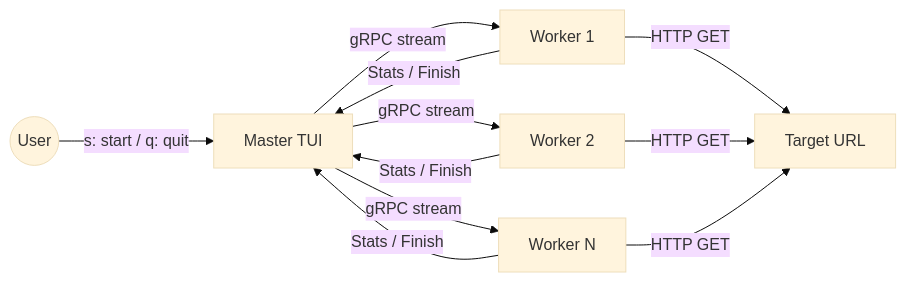
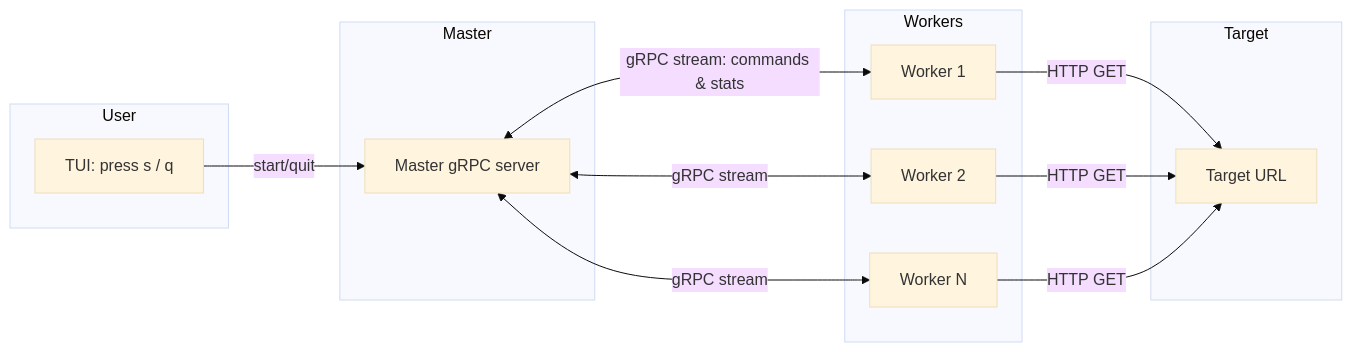
One commit to ryokotaka/SwarmGo changed the diagram in README.md. Above: the diagram before and after it, drawn with Mermaid (base theme). The commit also changed other lines of this file and 1 other file, not shown here.

````diff
--- a/README.md
+++ b/README.md
@@ -52,9 +59,22 @@
 ```mermaid
-graph LR
-    User((User)) -->|s: start / q: quit| Master[Master TUI]
-    Master -->|gRPC stream| W1[Worker 1]
-    Master -->|gRPC stream| W2[Worker 2]
-    Master -->|gRPC stream| WN[Worker N]
-    W1 & W2 & WN -->|HTTP GET| Target[Target URL]
-    W1 & W2 & WN -->|Stats / Finish| Master
+flowchart LR
+    subgraph User
+        TUI[TUI: press s / q]
+    end
+    subgraph Master
+        M[Master gRPC server]
+    end
+    subgraph Workers
+        W1[Worker 1]
+        W2[Worker 2]
+        WN[Worker N]
+    end
+    subgraph Target
+        URL[Target URL]
+    end
+    TUI -->|start/quit| M
+    M <-->|gRPC stream: commands & stats| W1
+    M <-->|gRPC stream| W2
+    M <-->|gRPC stream| WN
+    W1 & W2 & WN -->|HTTP GET| URL
 ```
````
